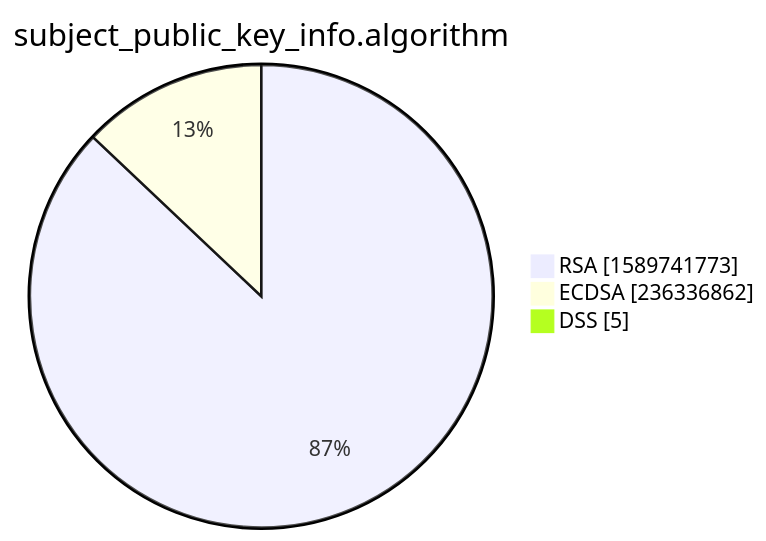
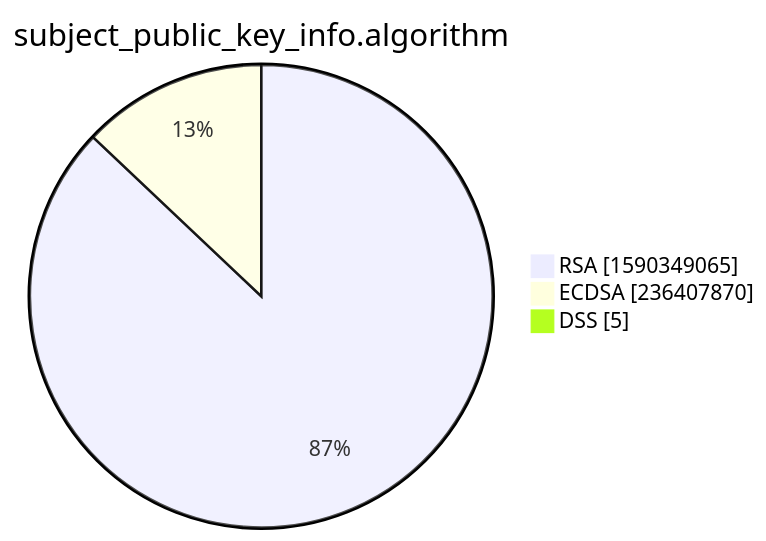
The third of 15 diagrams in xenon2022/README.md (christiankrug/ctmonitor_visualization), drawn with Mermaid before and after one commit. The commit also changed other lines of this file, not shown here.

````diff
--- a/xenon2022/README.md
+++ b/xenon2022/README.md
@@ -14,7 +14,7 @@
 ```mermaid
 pie showData
 title subject_public_key_info.algorithm
-"RSA" :1589741773
-"ECDSA" :236336862
+"RSA" :1590349065
+"ECDSA" :236407870
 "DSS" :5
 ```
````
